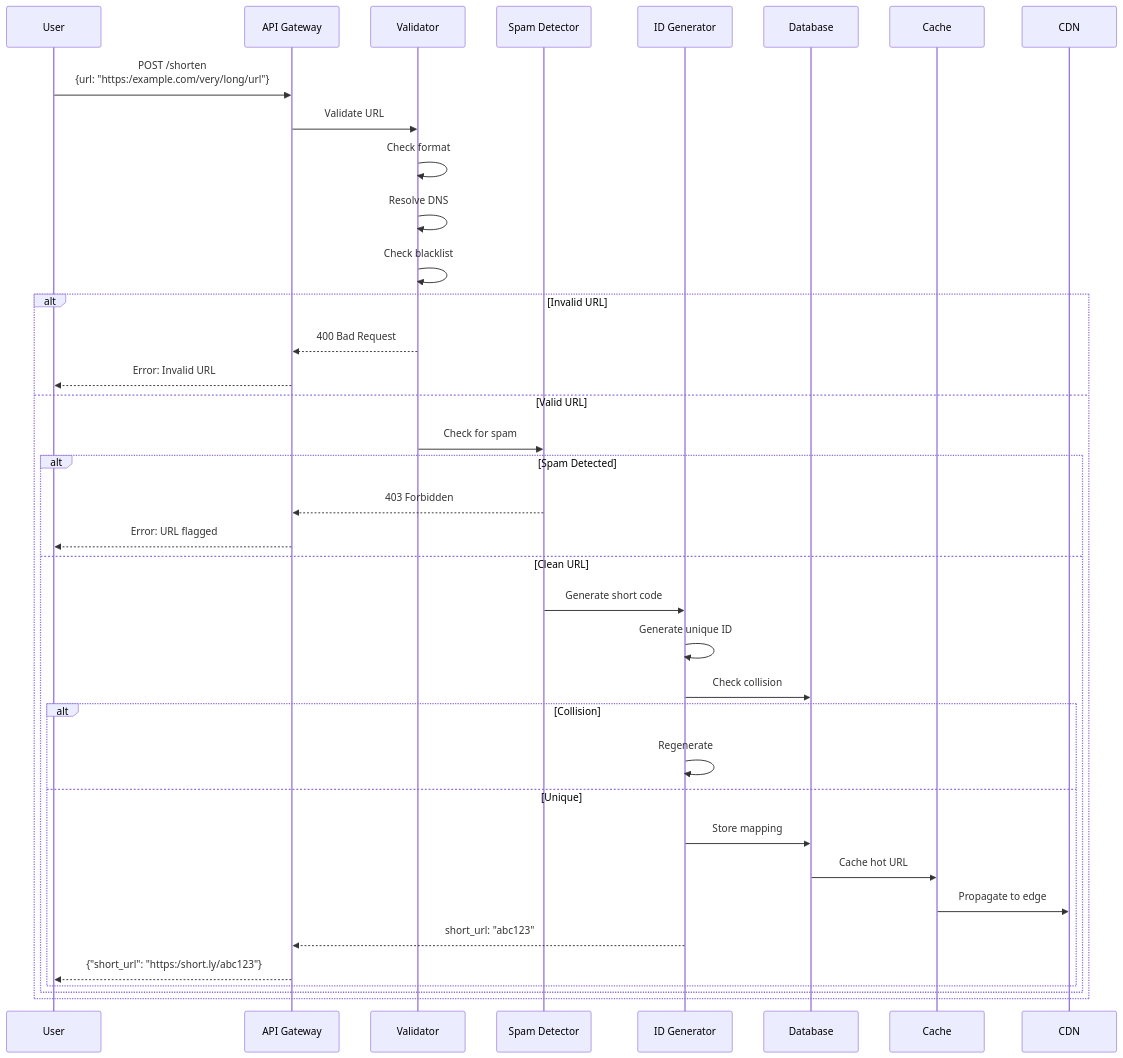
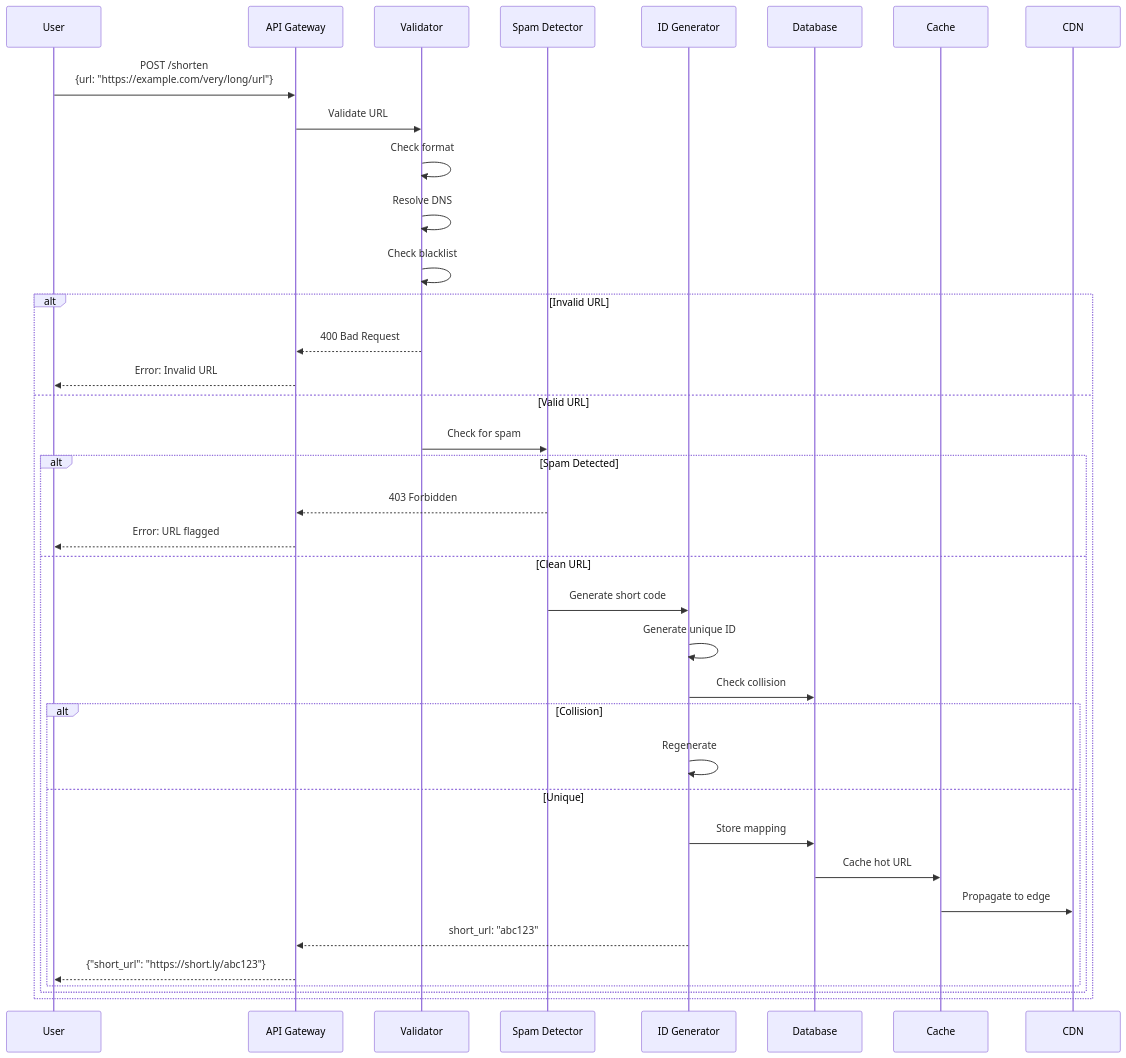
Before and after one commit to deepaucksharma/DStudio: the third of 53 diagrams in docs/architects-handbook/case-studies/infrastructure/url-shortener.md, drawn with Mermaid. The commit also changed other lines of this file and 193 other files, not shown here.

````diff
--- a/docs/architects-handbook/case-studies/infrastructure/url-shortener.md
+++ b/docs/architects-handbook/case-studies/infrastructure/url-shortener.md
@@ -173,46 +173,46 @@
 ```mermaid
 sequenceDiagram
     participant User
     participant API as API Gateway
     participant Val as Validator
     participant Spam as Spam Detector
     participant Gen as ID Generator
     participant DB as Database
     participant Cache
     participant CDN
     
-    User->>API: POST /shorten<br/>{url: "https:/example.com/very/long/url"}
+    User->>API: POST /shorten<br/>{url: "https://example.com/very/long/url"}
     API->>Val: Validate URL
     
     Val->>Val: Check format
     Val->>Val: Resolve DNS
     Val->>Val: Check blacklist
     
     alt Invalid URL
         Val-->>API: 400 Bad Request
         API-->>User: Error: Invalid URL
     else Valid URL
         Val->>Spam: Check for spam
         
         alt Spam Detected
             Spam-->>API: 403 Forbidden
             API-->>User: Error: URL flagged
         else Clean URL
             Spam->>Gen: Generate short code
             
             Gen->>Gen: Generate unique ID
             Gen->>DB: Check collision
             
             alt Collision
                 Gen->>Gen: Regenerate
             else Unique
                 Gen->>DB: Store mapping
                 DB->>Cache: Cache hot URL
                 Cache->>CDN: Propagate to edge
                 
                 Gen-->>API: short_url: "abc123"
-                API-->>User: {"short_url": "https:/short.ly/abc123"}
+                API-->>User: {"short_url": "https://short.ly/abc123"}
             end
         end
     end
 ```
````
